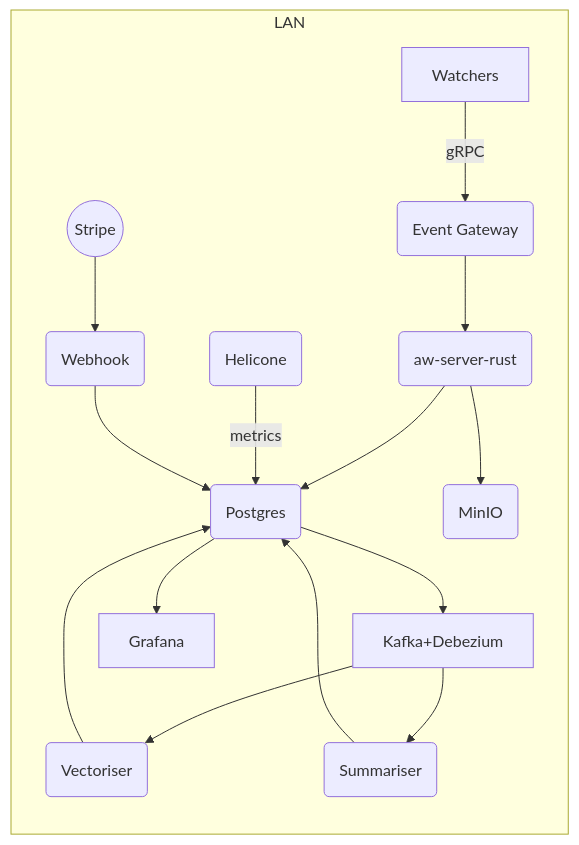
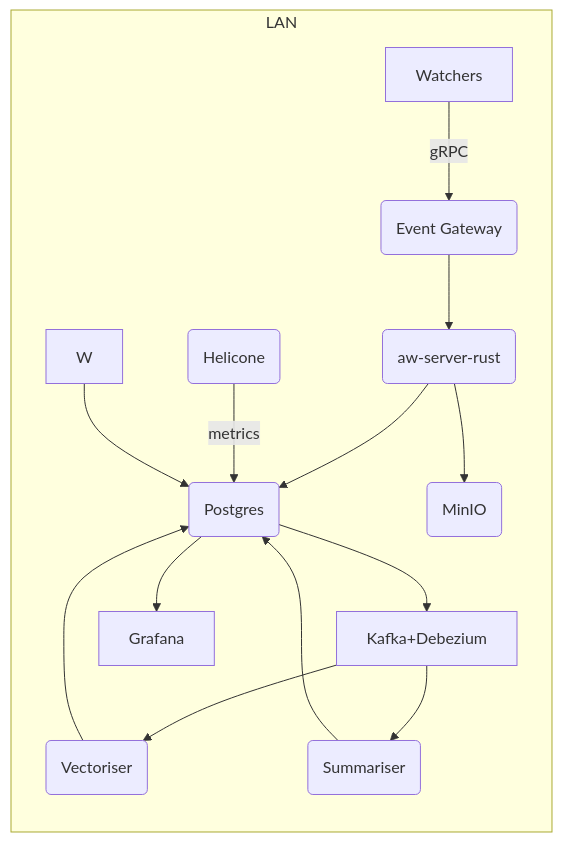
Before and after one commit to Tim-Spurlin/iVibe.live-Pro: the first of 2 diagrams in AGENTS.md, drawn with Mermaid. The commit also changed other lines of this file and 5 other files, not shown here.

````diff
--- a/AGENTS.md
+++ b/AGENTS.md
@@ -863,18 +851,17 @@
 ```mermaid
 flowchart LR
   subgraph LAN
     A[Watchers] -->|gRPC| G(Event Gateway)
     G --> R(aw‑server‑rust)
     R --> P(Postgres)
     R --> M(MinIO)
     P --> K[Kafka+Debezium]
     K --> V(Vectoriser)
     K --> S(Summariser)
     V --> P
     S --> P
     H(Helicone) -->|metrics| P
     P --> Gra[Grafana]
-    Stripe((Stripe)) --> W(Webhook)
     W --> P
   end
 ```
````
